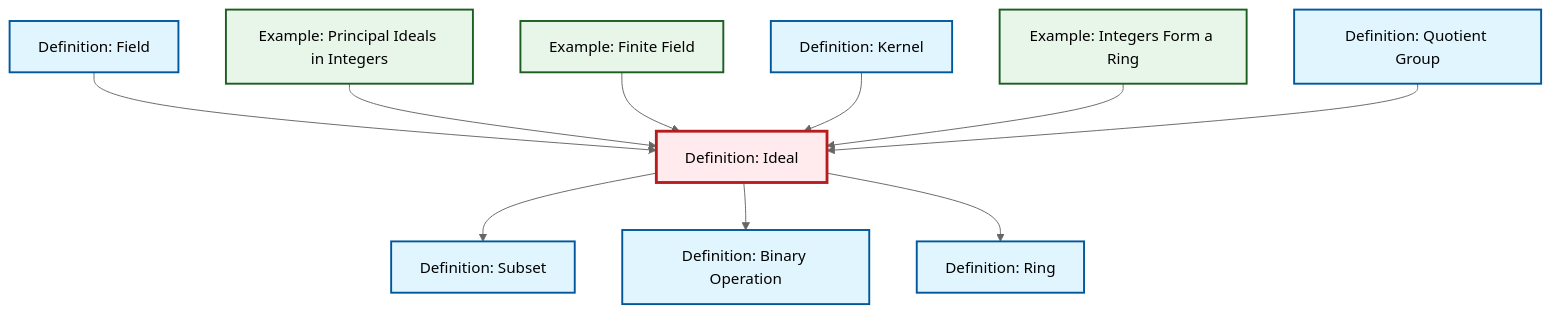
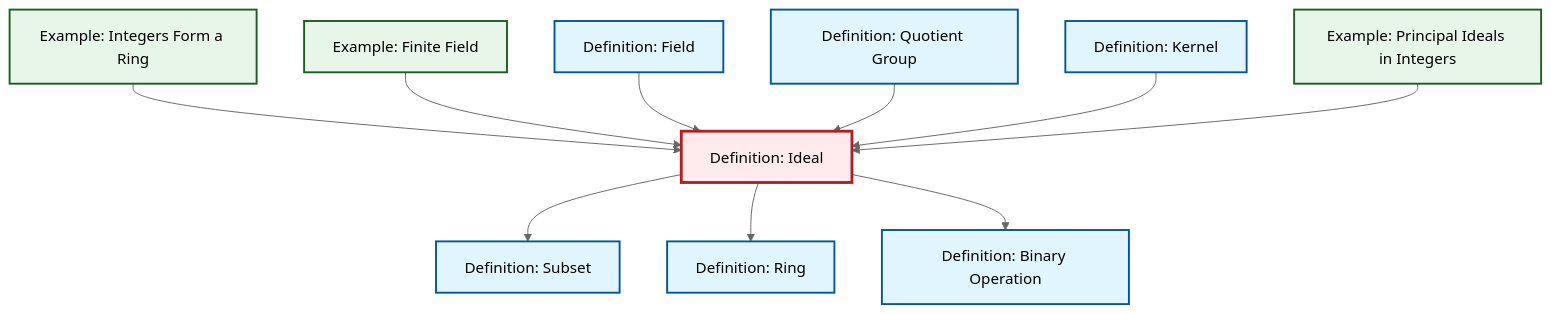
The diagram in content/ja/algebra/def-ideal.qmd (RK0429/ModernMath), drawn with Mermaid (neutral theme) before and after one commit. The commit also changed other lines of this file and 360 other files, not shown here.

````diff
--- a/content/ja/algebra/def-ideal.qmd
+++ b/content/ja/algebra/def-ideal.qmd
@@ -80,38 +80,38 @@
 ```{mermaid}
 %%| fig-cap: "Local dependency graph"
 graph TD
     classDef definition fill:#e1f5fe,stroke:#01579b,stroke-width:2px
     classDef theorem fill:#f3e5f5,stroke:#4a148c,stroke-width:2px
     classDef axiom fill:#fff3e0,stroke:#e65100,stroke-width:2px
     classDef example fill:#e8f5e9,stroke:#1b5e20,stroke-width:2px
     classDef current fill:#ffebee,stroke:#b71c1c,stroke-width:3px
-    def-binary-operation["Definition: Binary Operation"]:::definition
+    def-quotient-group["Definition: Quotient Group"]:::definition
+    def-ideal["Definition: Ideal"]:::definition
     def-kernel["Definition: Kernel"]:::definition
     ex-finite-field["Example: Finite Field"]:::example
-    ex-principal-ideal["Example: Principal Ideals in Integers"]:::example
     def-field["Definition: Field"]:::definition
-    def-ideal["Definition: Ideal"]:::definition
     def-subset["Definition: Subset"]:::definition
     def-ring["Definition: Ring"]:::definition
+    def-binary-operation["Definition: Binary Operation"]:::definition
+    ex-principal-ideal["Example: Principal Ideals in Integers"]:::example
     ex-integers-ring["Example: Integers Form a Ring"]:::example
-    def-quotient-group["Definition: Quotient Group"]:::definition
+    ex-integers-ring --> def-ideal
+    ex-finite-field --> def-ideal
     def-ideal --> def-subset
+    def-ideal --> def-ring
     def-field --> def-ideal
-    ex-principal-ideal --> def-ideal
-    ex-finite-field --> def-ideal
+    def-quotient-group --> def-ideal
     def-kernel --> def-ideal
     def-ideal --> def-binary-operation
-    def-ideal --> def-ring
-    ex-integers-ring --> def-ideal
-    def-quotient-group --> def-ideal
+    ex-principal-ideal --> def-ideal
     class def-ideal current
-    click def-binary-operation "def-binary-operation.html" "Definition: Binary Operationへ"
+    click def-quotient-group "def-quotient-group.html" "Definition: Quotient Groupへ"
     click def-kernel "def-kernel.html" "Definition: Kernelへ"
     click ex-finite-field "ex-finite-field.html" "Example: Finite Fieldへ"
-    click ex-principal-ideal "ex-principal-ideal.html" "Example: Principal Ideals in Integersへ"
     click def-field "def-field.html" "Definition: Fieldへ"
     click def-subset "def-subset.html" "Definition: Subsetへ"
     click def-ring "def-ring.html" "Definition: Ringへ"
+    click def-binary-operation "def-binary-operation.html" "Definition: Binary Operationへ"
+    click ex-principal-ideal "ex-principal-ideal.html" "Example: Principal Ideals in Integersへ"
     click ex-integers-ring "ex-integers-ring.html" "Example: Integers Form a Ringへ"
-    click def-quotient-group "def-quotient-group.html" "Definition: Quotient Groupへ"
 ```
````
